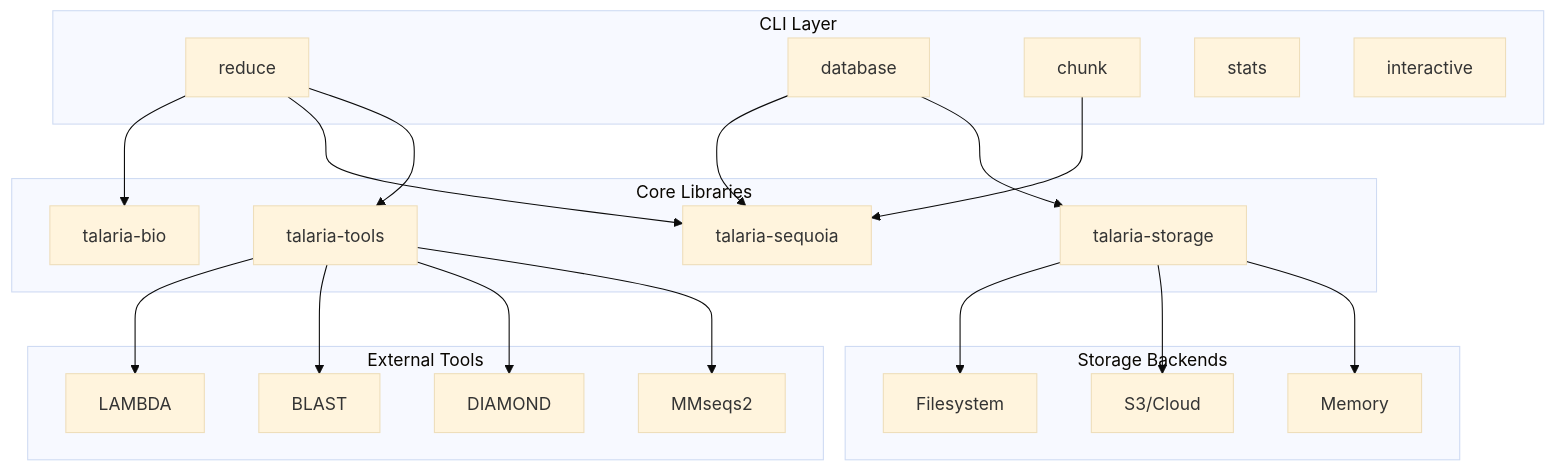
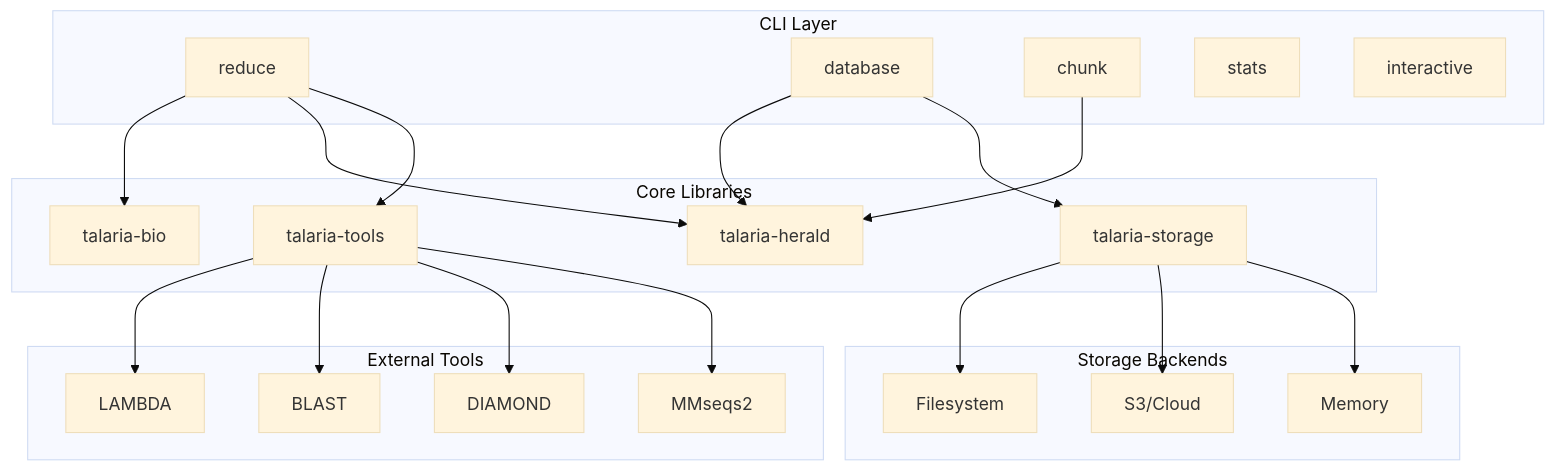
Before and after one commit to bfowle/talaria: the second of 3 diagrams in docs/src/development/architecture.md, drawn with Mermaid (base theme). The commit also changed other lines of this file and 405 other files, not shown here.

First line of the commit message:
refactor!: rename SEQUOIA architecture to HERALD

````diff
--- a/docs/src/development/architecture.md
+++ b/docs/src/development/architecture.md
@@ -176,46 +176,46 @@
 ```mermaid
 graph TB
     subgraph "CLI Layer"
         A1[reduce]
         A2[database]
         A3[chunk]
         A4[stats]
         A5[interactive]
     end
 
     subgraph "Core Libraries"
         B1[talaria-bio]
-        B2[talaria-sequoia]
+        B2[talaria-herald]
         B3[talaria-tools]
         B4[talaria-storage]
     end
 
     subgraph "External Tools"
         C1[LAMBDA]
         C2[BLAST]
         C3[DIAMOND]
         C4[MMseqs2]
     end
 
     subgraph "Storage Backends"
         D1[Filesystem]
         D2[S3/Cloud]
         D3[Memory]
     end
 
     A1 --> B1
     A1 --> B2
     A1 --> B3
     A2 --> B2
     A2 --> B4
     A3 --> B2
 
     B3 --> C1
     B3 --> C2
     B3 --> C3
     B3 --> C4
 
     B4 --> D1
     B4 --> D2
     B4 --> D3
 ```
````
